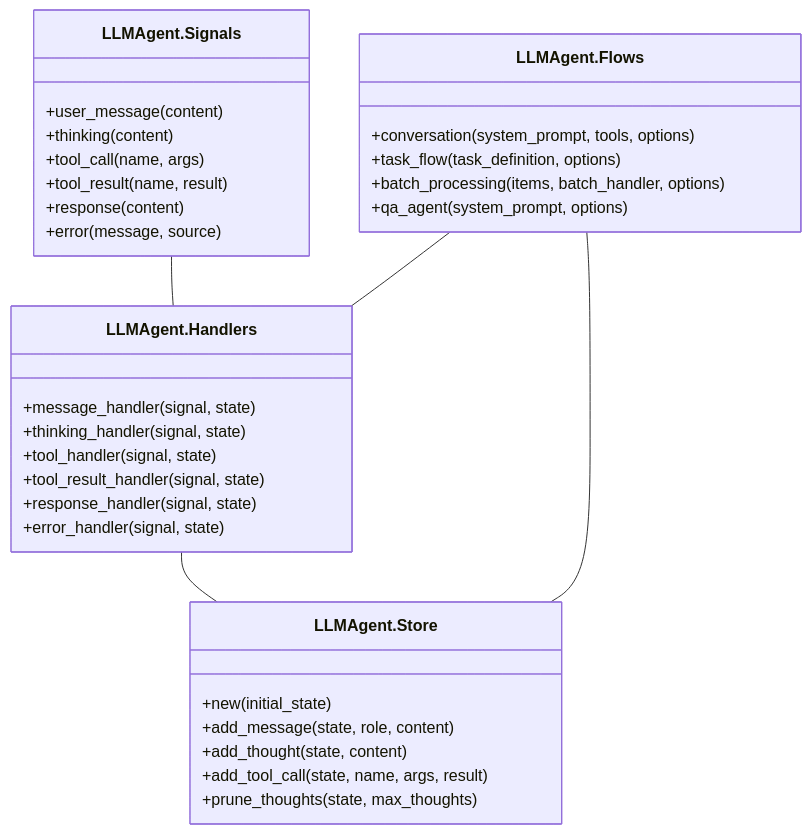
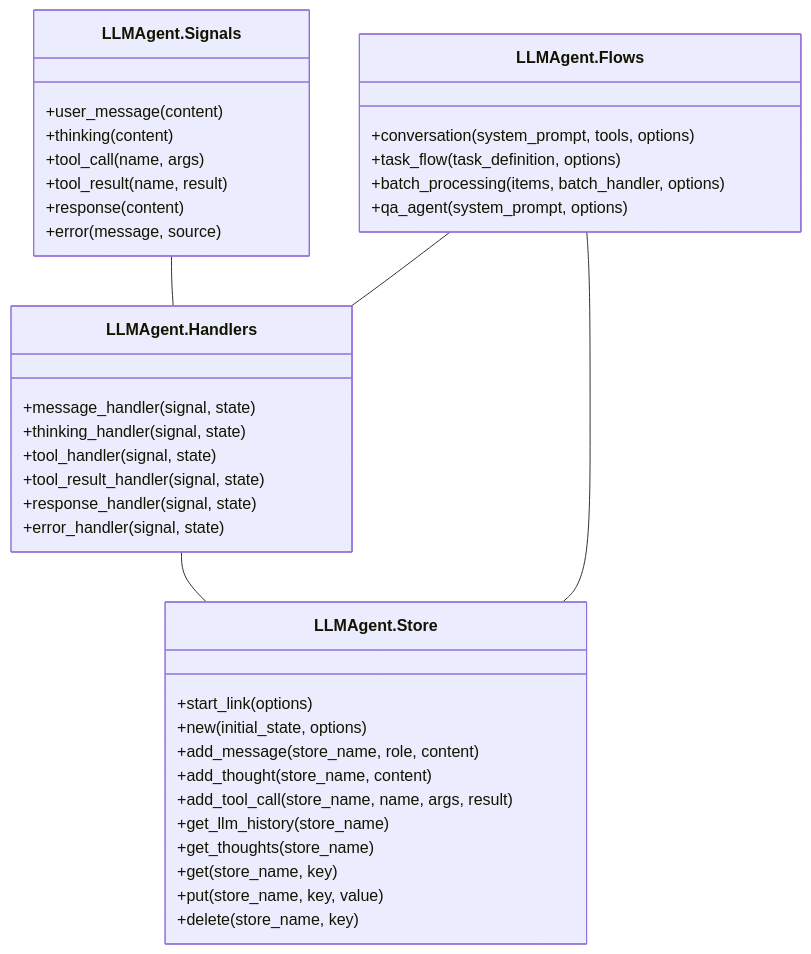
The second of 3 diagrams in guides/architecture.md (i365dev/llm_agent), drawn with Mermaid before and after one commit. The commit also changed other lines of this file and 6 other files, not shown here.

````diff
--- a/guides/architecture.md
+++ b/guides/architecture.md
@@ -58,40 +58,45 @@
 ```mermaid
 classDiagram
     class LLMAgent.Signals {
         +user_message(content)
         +thinking(content)
         +tool_call(name, args)
         +tool_result(name, result)
         +response(content)
         +error(message, source)
     }
     
     class LLMAgent.Handlers {
         +message_handler(signal, state)
         +thinking_handler(signal, state)
         +tool_handler(signal, state)
         +tool_result_handler(signal, state)
         +response_handler(signal, state)
         +error_handler(signal, state)
     }
     
     class LLMAgent.Store {
-        +new(initial_state)
-        +add_message(state, role, content)
-        +add_thought(state, content)
-        +add_tool_call(state, name, args, result)
-        +prune_thoughts(state, max_thoughts)
+        +start_link(options)
+        +new(initial_state, options)
+        +add_message(store_name, role, content)
+        +add_thought(store_name, content)
+        +add_tool_call(store_name, name, args, result)
+        +get_llm_history(store_name)
+        +get_thoughts(store_name)
+        +get(store_name, key)
+        +put(store_name, key, value)
+        +delete(store_name, key)
     }
     
     class LLMAgent.Flows {
         +conversation(system_prompt, tools, options)
         +task_flow(task_definition, options)
         +batch_processing(items, batch_handler, options)
         +qa_agent(system_prompt, options)
     }
     
     LLMAgent.Signals -- LLMAgent.Handlers
     LLMAgent.Handlers -- LLMAgent.Store
     LLMAgent.Flows -- LLMAgent.Handlers
     LLMAgent.Flows -- LLMAgent.Store
 ```
````
